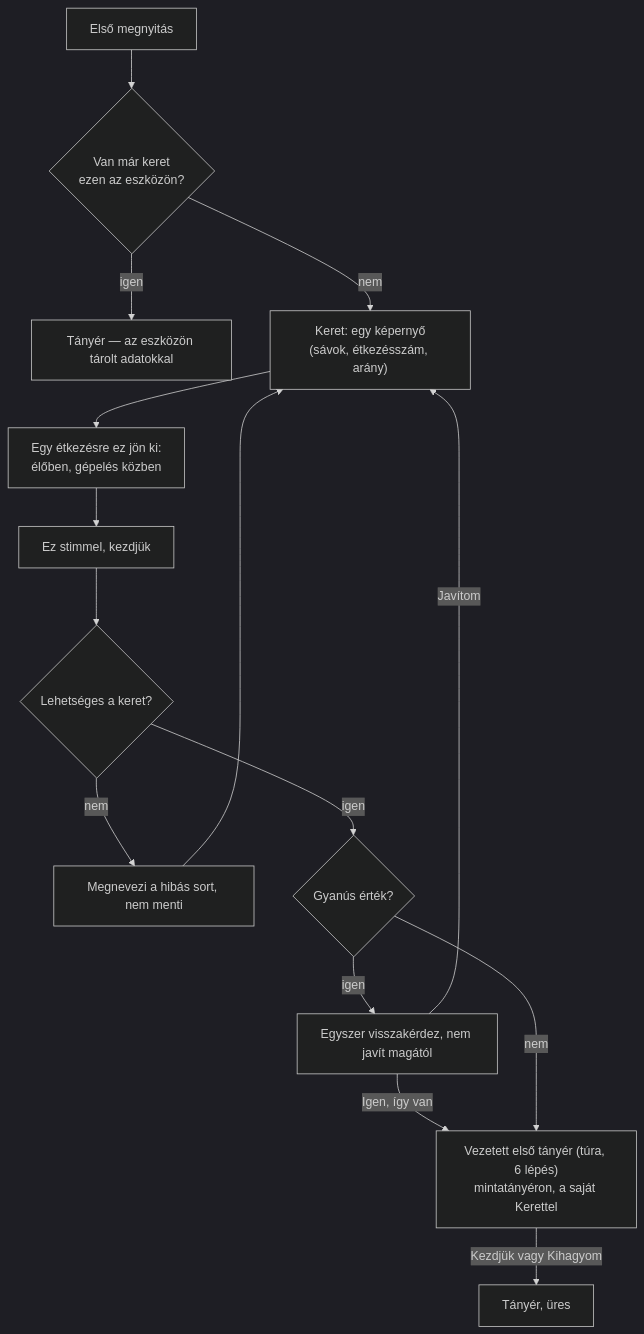
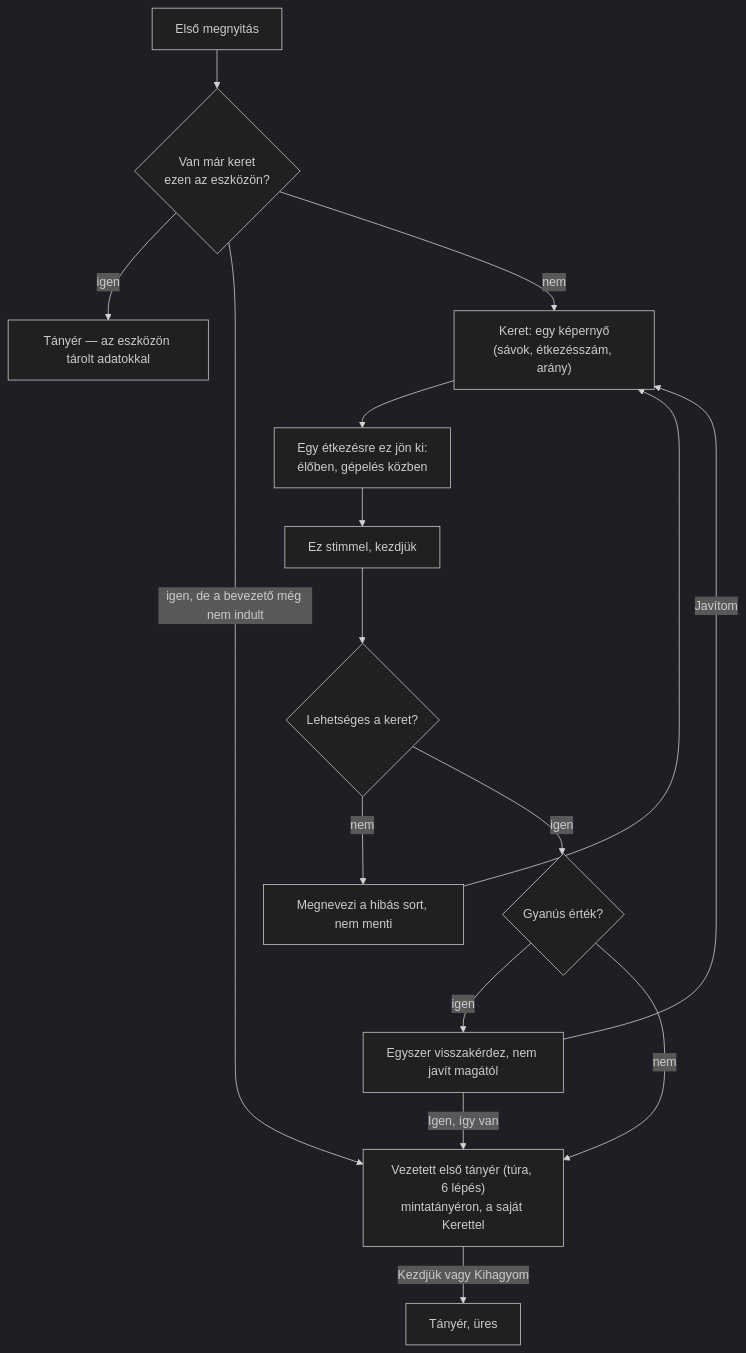
Before and after one commit to Izayata/ketara-artifacts: the third of 3 diagrams in ketara-folyamatok-kepernyok.md, drawn with Mermaid (dark theme). The commit also changed other lines of this file and 4 other files, not shown here.

````diff
--- a/ketara-folyamatok-kepernyok.md
+++ b/ketara-folyamatok-kepernyok.md
@@ -115,17 +115,18 @@
 ```mermaid
 flowchart TD
     A0[Első megnyitás] --> A6{Van már keret<br/>ezen az eszközön?}
     A6 -- igen --> J0["Tányér — az eszközön tárolt adatokkal"]
+    A6 -- "igen, de a bevezető még nem indult" --> J
     A6 -- nem --> B["Keret: egy képernyő<br/>(sávok, étkezésszám, arány)"]
     B --> H["Egy étkezésre ez jön ki:<br/>élőben, gépelés közben"]
     H --> I["Ez stimmel, kezdjük"]
     I --> F{Lehetséges a keret?}
     F -- nem --> F2["Megnevezi a hibás sort, nem menti"] --> B
     F -- igen --> F3{Gyanús érték?}
     F3 -- igen --> G["Egyszer visszakérdez, nem javít magától"]
     G -- "Igen, így van" --> J
     G -- "Javítom" --> B
     F3 -- nem --> J
     J["Vezetett első tányér (túra, 6 lépés)<br/>mintatányéron, a saját Kerettel"]
     J -- "Kezdjük vagy Kihagyom" --> K[Tányér, üres]
 ```
````
